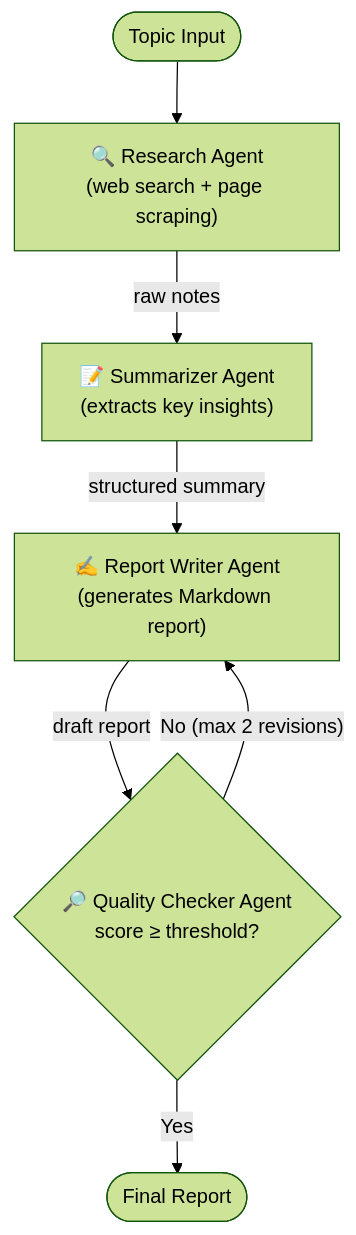
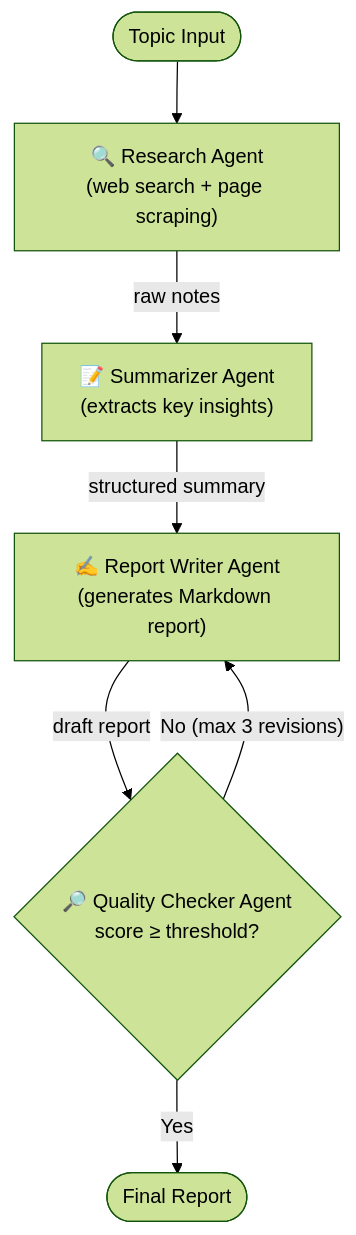
Before and after one commit to Danny18-ops/multi-agent-research-system: the diagram in README.md, drawn with Mermaid (forest theme). The commit also changed other lines of this file, not shown here.

First line of the commit message:
Revise README for agent and backend updates

````diff
--- a/README.md
+++ b/README.md
@@ -9,17 +9,17 @@
 ```mermaid
 flowchart TD
     A([Topic Input]) --> B
 
-    B["🔍 Research Agent\n(web search + page scraping)"]
+    B["🔍 Research Agent<br/>(web search + page scraping)"]
     B -->|raw notes| C
 
-    C["📝 Summarizer Agent\n(extracts key insights)"]
+    C["📝 Summarizer Agent<br/>(extracts key insights)"]
     C -->|structured summary| D
 
-    D["✍️ Report Writer Agent\n(generates Markdown report)"]
+    D["✍️ Report Writer Agent<br/>(generates Markdown report)"]
     D -->|draft report| E
 
-    E{"🔎 Quality Checker Agent\nscore ≥ threshold?"}
+    E{"🔎 Quality Checker Agent<br/>score ≥ threshold?"}
     E -->|Yes| F([Final Report])
-    E -->|"No (max 2 revisions)"| D
+    E -->|"No (max 3 revisions)"| D
 ```
````
